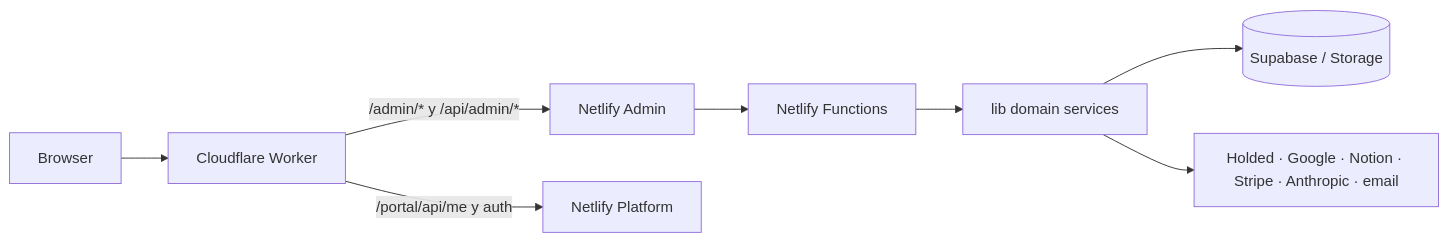
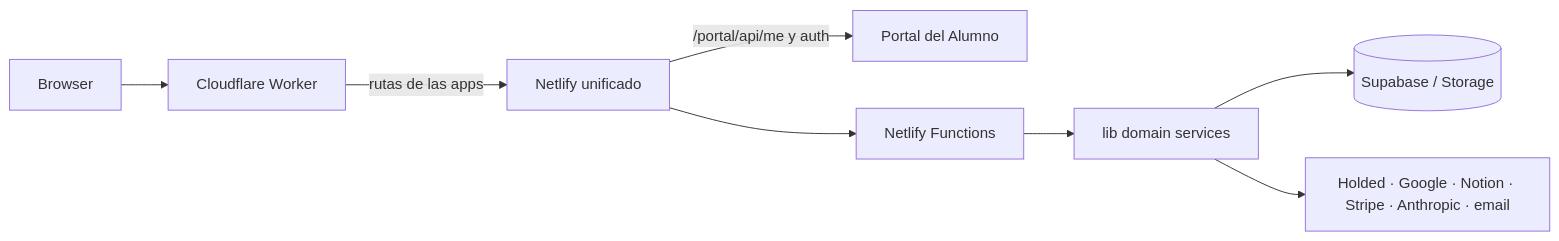
One commit to saantimartinn/RobinPortals changed the diagram in apps/admin/READMELONG.md. Above: the diagram before and after it, drawn with Mermaid. The commit also changed other lines of this file and 252 other files, not shown here.

````diff
--- a/apps/admin/READMELONG.md
+++ b/apps/admin/READMELONG.md
@@ -15,10 +20,10 @@
 ```mermaid
 flowchart LR
   B[Browser] --> CF[Cloudflare Worker]
-  CF -->|/admin/* y /api/admin/*| N[Netlify Admin]
-  CF -->|/portal/api/me y auth| P[Netlify Platform]
+  CF -->|rutas de las apps| N[Netlify unificado]
+  N -->|/portal/api/me y auth| P[Portal del Alumno]
   N --> H[Netlify Functions]
   H --> L[lib domain services]
   L --> DB[(Supabase / Storage)]
   L --> X[Holded · Google · Notion · Stripe · Anthropic · email]
 ```
````
